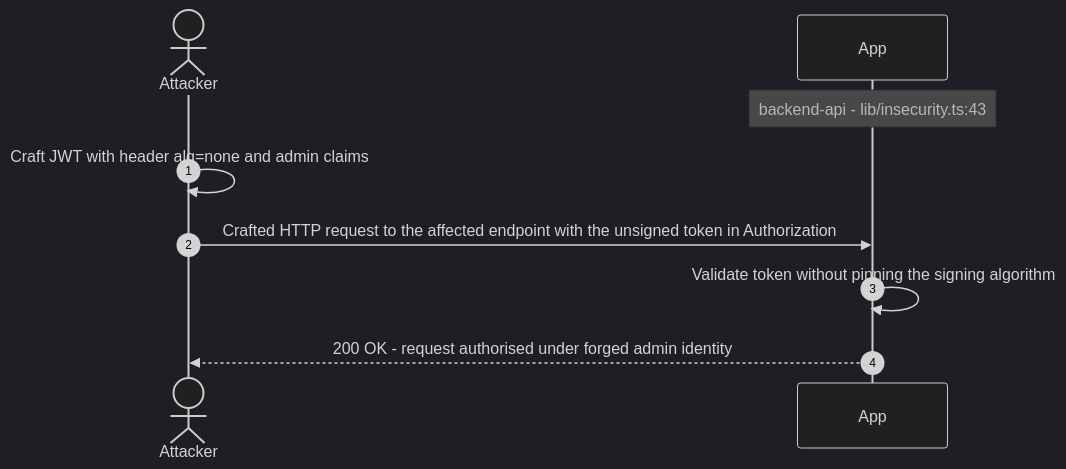
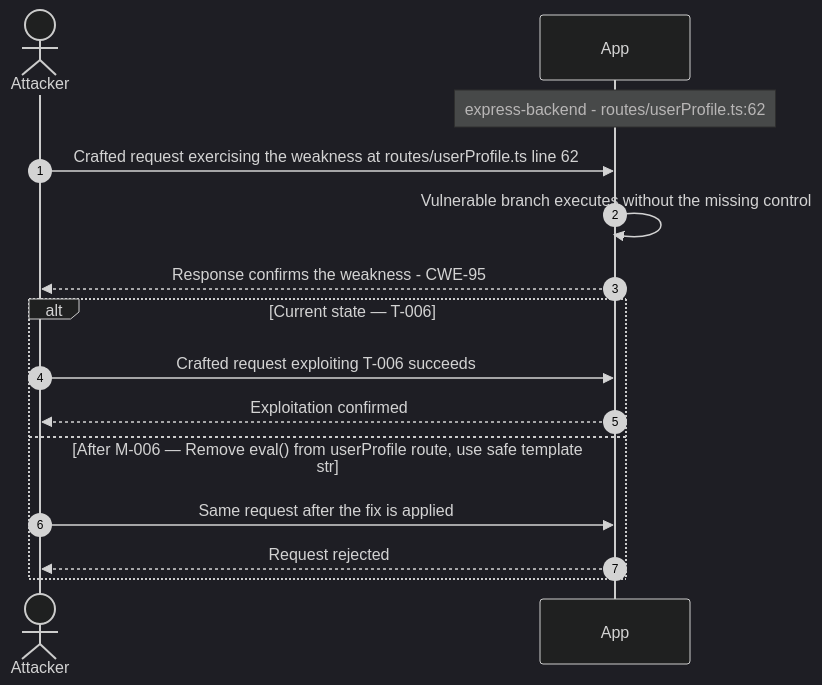
Diagram 13 of 15 in examples/threat-modeler/threat-model-juice-shop-standard.md (appsec-foundry/appsec-advisor), drawn with Mermaid (dark theme) before and after one commit. The commit also changed other lines of this file, not shown here.

````diff
--- a/examples/threat-modeler/threat-model-juice-shop-standard.md
+++ b/examples/threat-modeler/threat-model-juice-shop-standard.md
@@ -756,11 +718,17 @@
 ```mermaid
 sequenceDiagram
     autonumber
     actor Attacker
     participant App
-    Note over App: backend-api - lib/insecurity.ts:43
-    Attacker->>Attacker: Craft JWT with header alg=none and admin claims
-    Attacker->>App: Crafted HTTP request to the affected endpoint with the unsigned token in Authorization
-    App->>App: Validate token without pinning the signing algorithm
-    App-->>Attacker: 200 OK - request authorised under forged admin identity
+    Note over App: express-backend - routes/userProfile.ts:62
+    Attacker->>App: Crafted request exercising the weakness at routes/userProfile.ts line 62
+    App->>App: Vulnerable branch executes without the missing control
+    App-->>Attacker: Response confirms the weakness - CWE-95
+    alt Current state — T-006
+        Attacker->>App: Crafted request exploiting T-006 succeeds
+        App-->>Attacker: Exploitation confirmed
+    else After M-006 — Remove eval() from userProfile route, use safe template str
+        Attacker->>App: Same request after the fix is applied
+        App-->>Attacker: Request rejected
+    end
 ```
````
